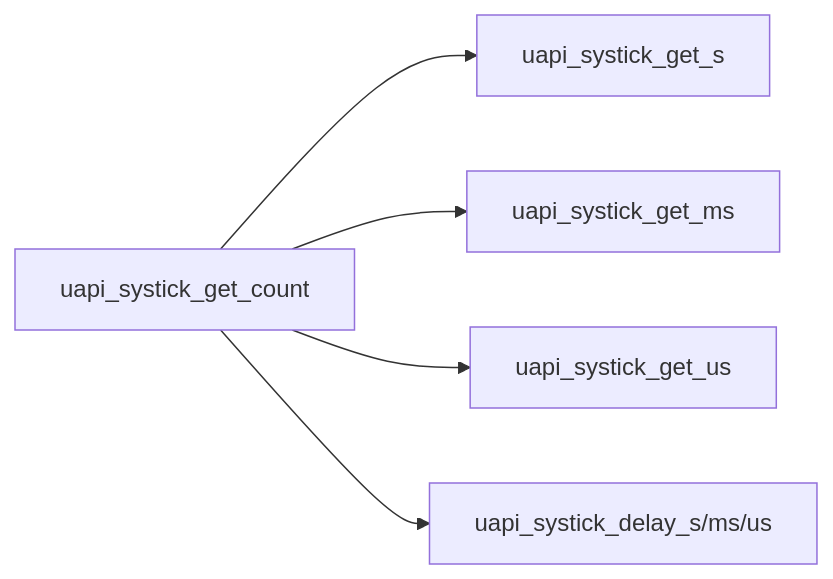
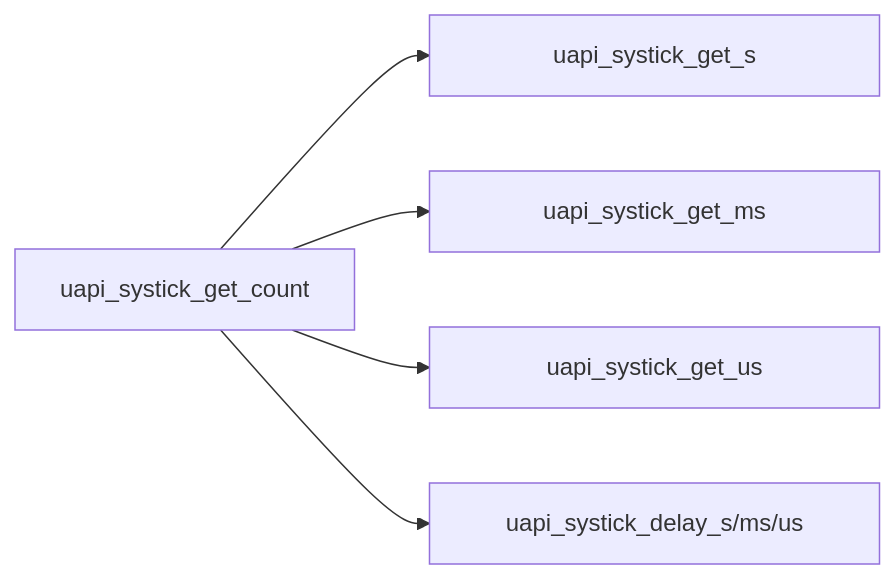
One commit to sanchuanhehe/fbb_ws53 changed the first of 2 diagrams in docs/zh-CN/samples/peripherals/systick/systick.md. Above: the diagram before and after it, drawn with Mermaid. The commit also changed 9 other files, not shown here.

````diff
--- a/docs/zh-CN/samples/peripherals/systick/systick.md
+++ b/docs/zh-CN/samples/peripherals/systick/systick.md
@@ -17,7 +17,8 @@
 ```mermaid
 flowchart LR
-    C[uapi_systick_get_count] --> S[uapi_systick_get_s]
-    C --> M[uapi_systick_get_ms]
-    C --> U[uapi_systick_get_us]
-    C --> D[uapi_systick_delay_s/ms/us]
+    C[uapi_systick_get_count]
+    C --> S["<div style='width:240px'>uapi_systick_get_s</div>"]
+    C --> M["<div style='width:240px'>uapi_systick_get_ms</div>"]
+    C --> U["<div style='width:240px'>uapi_systick_get_us</div>"]
+    C --> D["<div style='width:240px'>uapi_systick_delay_s/ms/us</div>"]
 ```
````
